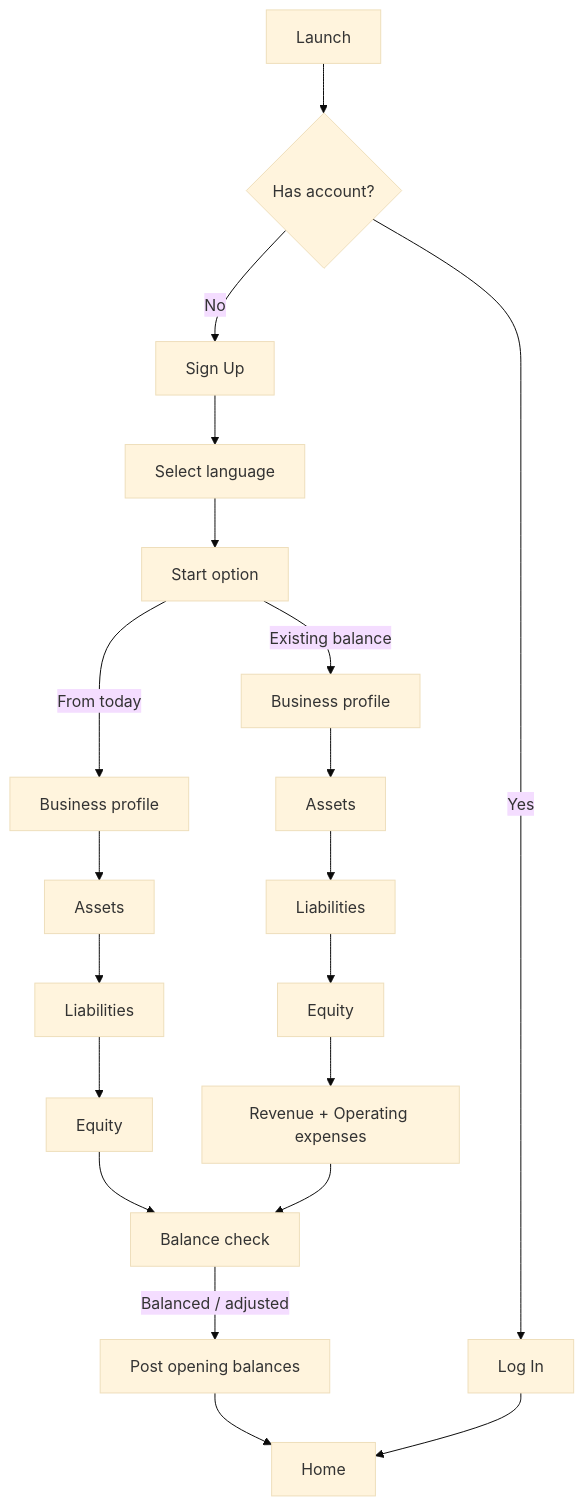
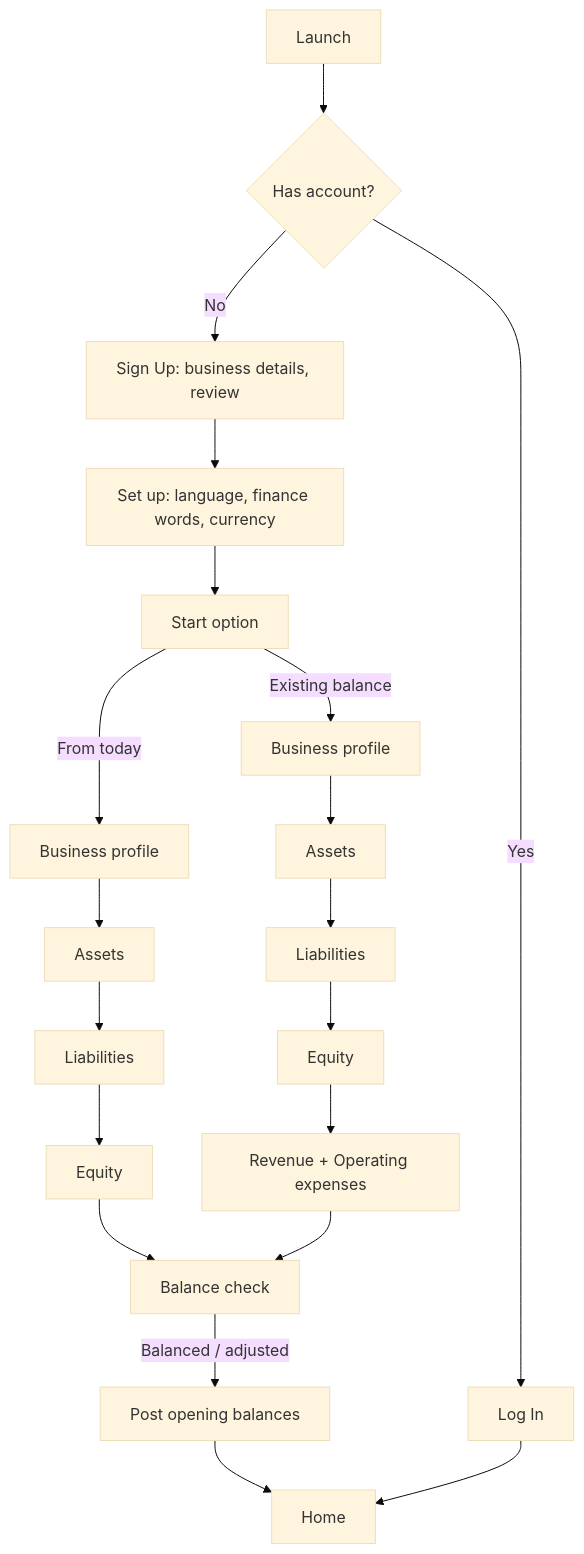
The first of 7 diagrams in FINEXT_APP_MODULES_AND_FLOWS.md (soklinkim/Finext_mobile_app), drawn with Mermaid (base theme) before and after one commit. The commit also changed other lines of this file and 63 other files, not shown here.

````diff
--- a/FINEXT_APP_MODULES_AND_FLOWS.md
+++ b/FINEXT_APP_MODULES_AND_FLOWS.md
@@ -207,11 +213,11 @@
 ```mermaid
 flowchart TD
   A[Launch] --> B{Has account?}
-  B -- No --> C[Sign Up] --> D[Select language]
+  B -- No --> C[Sign Up: business details, review] --> D[Set up: language, finance words, currency]
   B -- Yes --> L[Log In]
   D --> F[Start option]
   F -- From today --> G[Business profile] --> H[Assets] --> I[Liabilities] --> J[Equity] --> K[Balance check]
   F -- Existing balance --> G2[Business profile] --> H2[Assets] --> I2[Liabilities] --> J2[Equity] --> R[Revenue + Operating expenses] --> K
   K -- Balanced / adjusted --> M[Post opening balances] --> N[Home]
   L --> N
 ```
````
